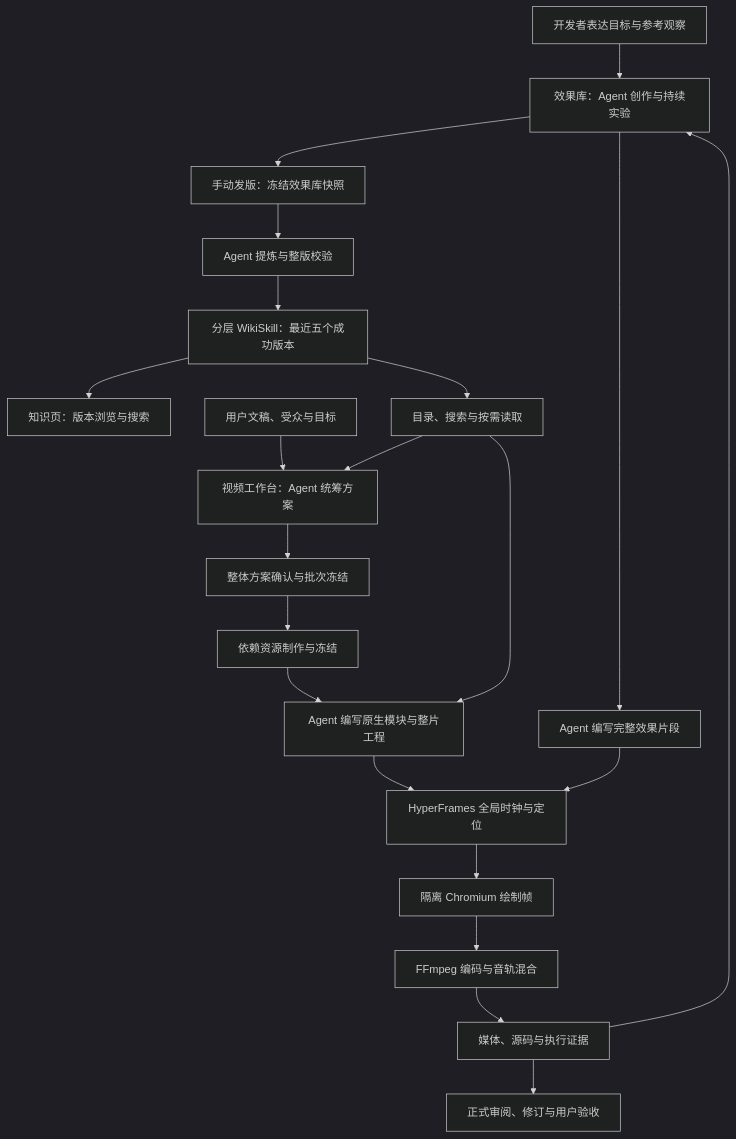
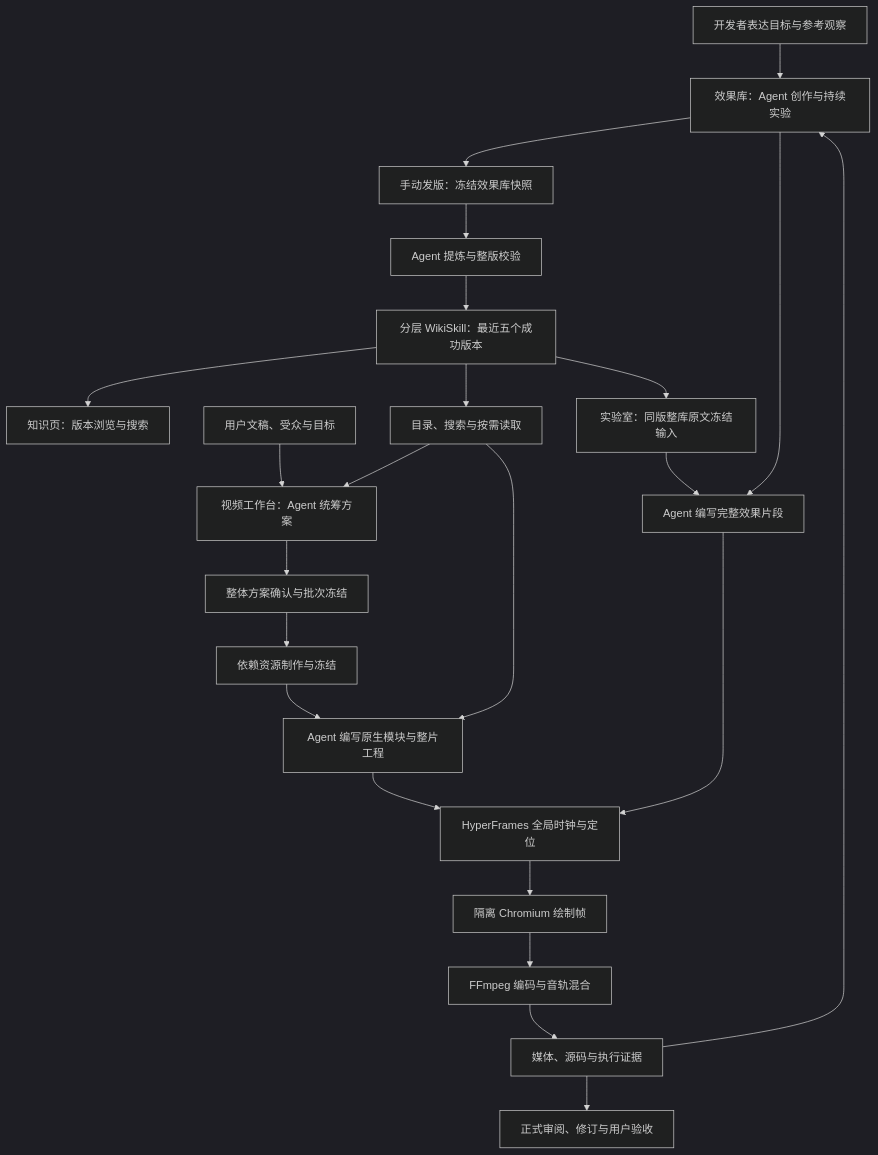
Before and after one commit to zmhhaha/panghu_agent: the diagram in video_workbench/docs/current-architecture.md, drawn with Mermaid (dark theme). The commit also changed other lines of this file and 49 other files, not shown here.

````diff
--- a/video_workbench/docs/current-architecture.md
+++ b/video_workbench/docs/current-architecture.md
@@ -13,23 +13,25 @@
 ```mermaid
 flowchart TB
     Goal[开发者表达目标与参考观察] --> Lab[效果库：Agent 创作与持续实验]
     Lab --> Snapshot[手动发版：冻结效果库快照]
     Snapshot --> Compiler[Agent 提炼与整版校验]
     Compiler --> Wiki[分层 WikiSkill：最近五个成功版本]
     Wiki --> Reader[知识页：版本浏览与搜索]
     Input[用户文稿、受众与目标] --> Director[视频工作台：Agent 统筹方案]
     Wiki --> Tools[目录、搜索与按需读取]
+    Wiki --> LabKnowledge[实验室：同版整库原文冻结输入]
+    LabKnowledge --> LabAuthor
     Tools --> Director
     Director --> Confirm[整体方案确认与批次冻结]
     Confirm --> Assets[依赖资源制作与冻结]
     Assets --> Author[Agent 编写原生模块与整片工程]
     Tools --> Author
     Lab --> LabAuthor[Agent 编写完整效果片段]
     Author --> HF[HyperFrames 全局时钟与定位]
     LabAuthor --> HF
     HF --> Browser[隔离 Chromium 绘制帧]
     Browser --> Encode[FFmpeg 编码与音轨混合]
     Encode --> Evidence[媒体、源码与执行证据]
     Evidence --> Lab
     Evidence --> Review[正式审阅、修订与用户验收]
 ```
````
